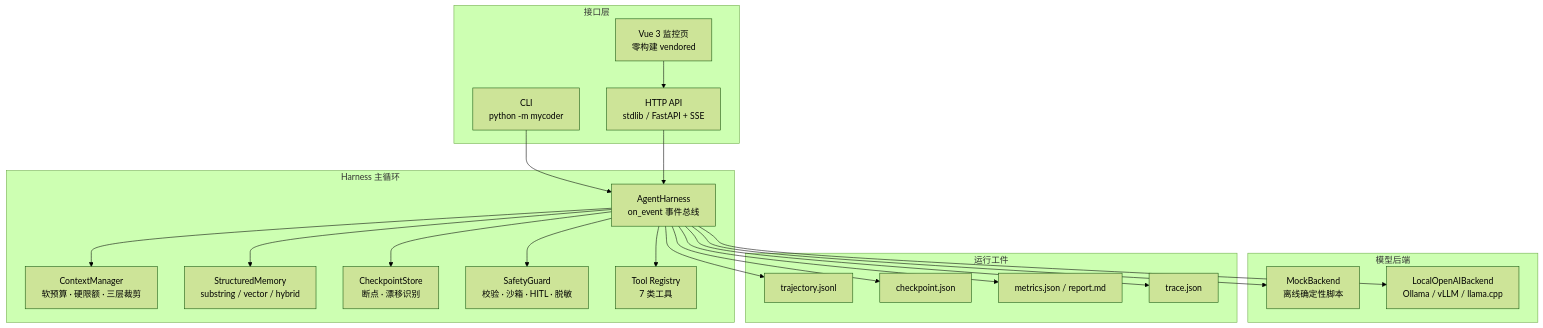
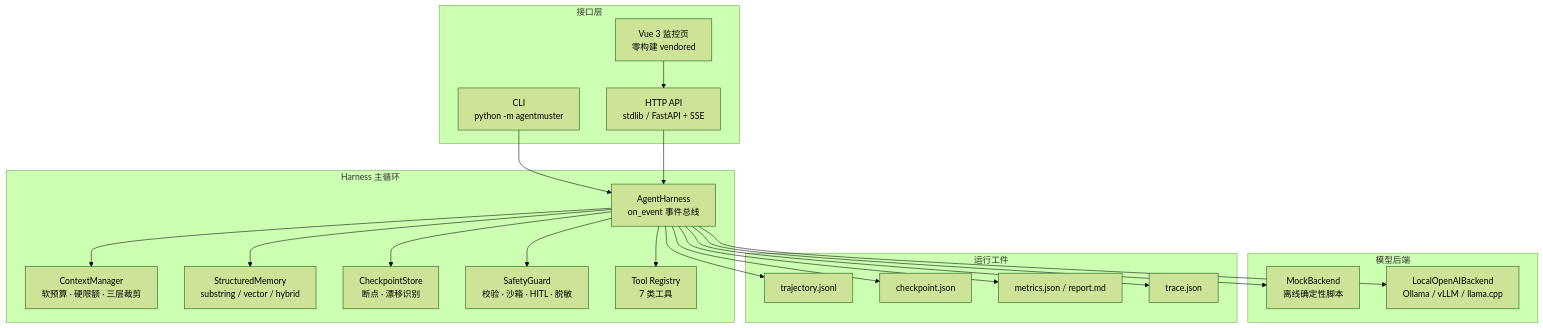
The diagram in README.md (shangguanyunji663/AgentMuster), drawn with Mermaid (forest theme) before and after one commit. The commit also changed other lines of this file and 240 other files, not shown here.

First line of the commit message:
refactor!: 包名与品牌机械重命名 mycoder → agentmuster

````diff
--- a/README.md
+++ b/README.md
@@ -173,44 +173,44 @@
 ```mermaid
 flowchart TB
     subgraph IFACE["接口层"]
-        CLI["CLI<br/>python -m mycoder"]
+        CLI["CLI<br/>python -m agentmuster"]
         HTTP["HTTP API<br/>stdlib / FastAPI + SSE"]
         WEB["Vue 3 监控页<br/>零构建 vendored"]
     end
 
     subgraph CORE["Harness 主循环"]
         H["AgentHarness<br/>on_event 事件总线"]
         CTX["ContextManager<br/>软预算 · 硬限额 · 三层裁剪"]
         MEM["StructuredMemory<br/>substring / vector / hybrid"]
         CKPT["CheckpointStore<br/>断点 · 漂移识别"]
         GRD["SafetyGuard<br/>校验 · 沙箱 · HITL · 脱敏"]
         TOOL["Tool Registry<br/>7 类工具"]
     end
 
     subgraph BACKEND["模型后端"]
         MOCK["MockBackend<br/>离线确定性脚本"]
         OAI["LocalOpenAIBackend<br/>Ollama / vLLM / llama.cpp"]
     end
 
     subgraph OUT["运行工件"]
         TR["trajectory.jsonl"]
         CP["checkpoint.json"]
         MT["metrics.json / report.md"]
         TC["trace.json"]
     end
 
     CLI --> H
     HTTP --> H
     WEB --> HTTP
     H --> CTX
     H --> MEM
     H --> CKPT
     H --> GRD
     H --> TOOL
     H --> MOCK
     H --> OAI
     H --> TR
     H --> CP
     H --> MT
     H --> TC
 ```
````
